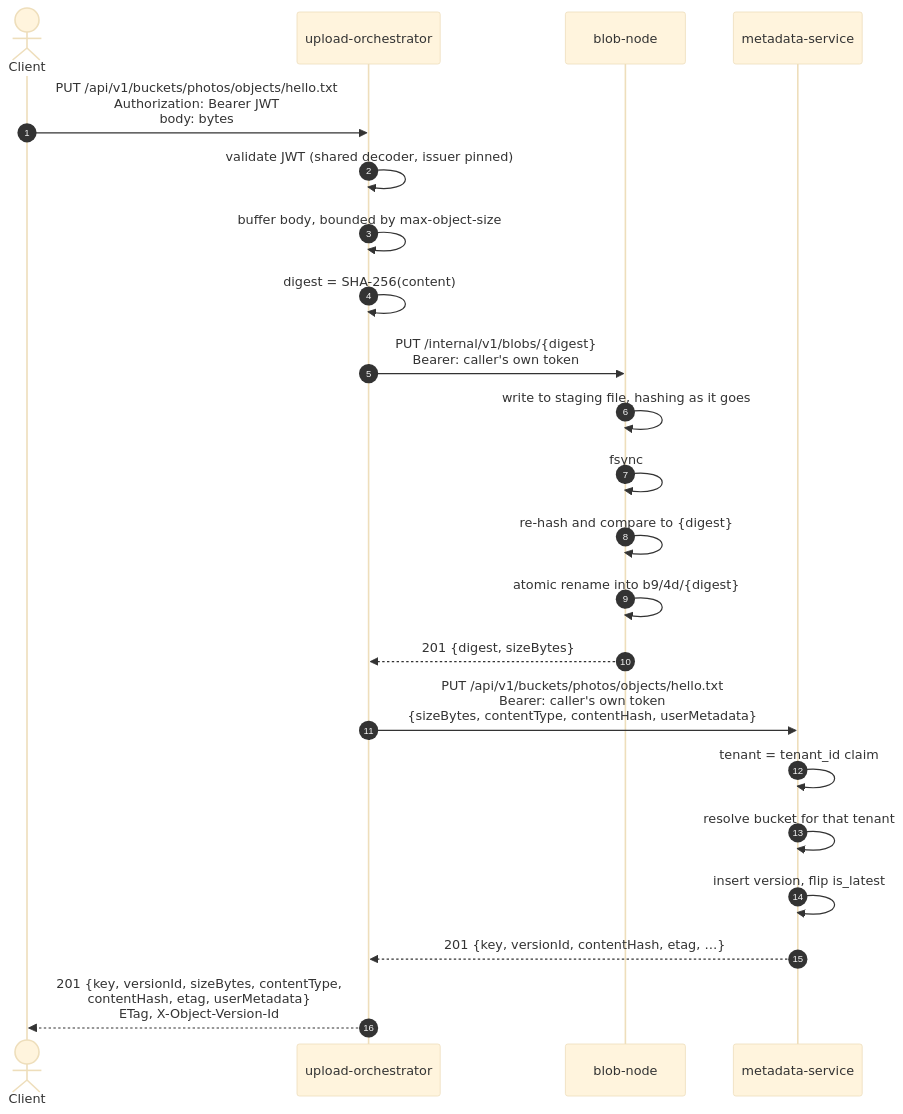
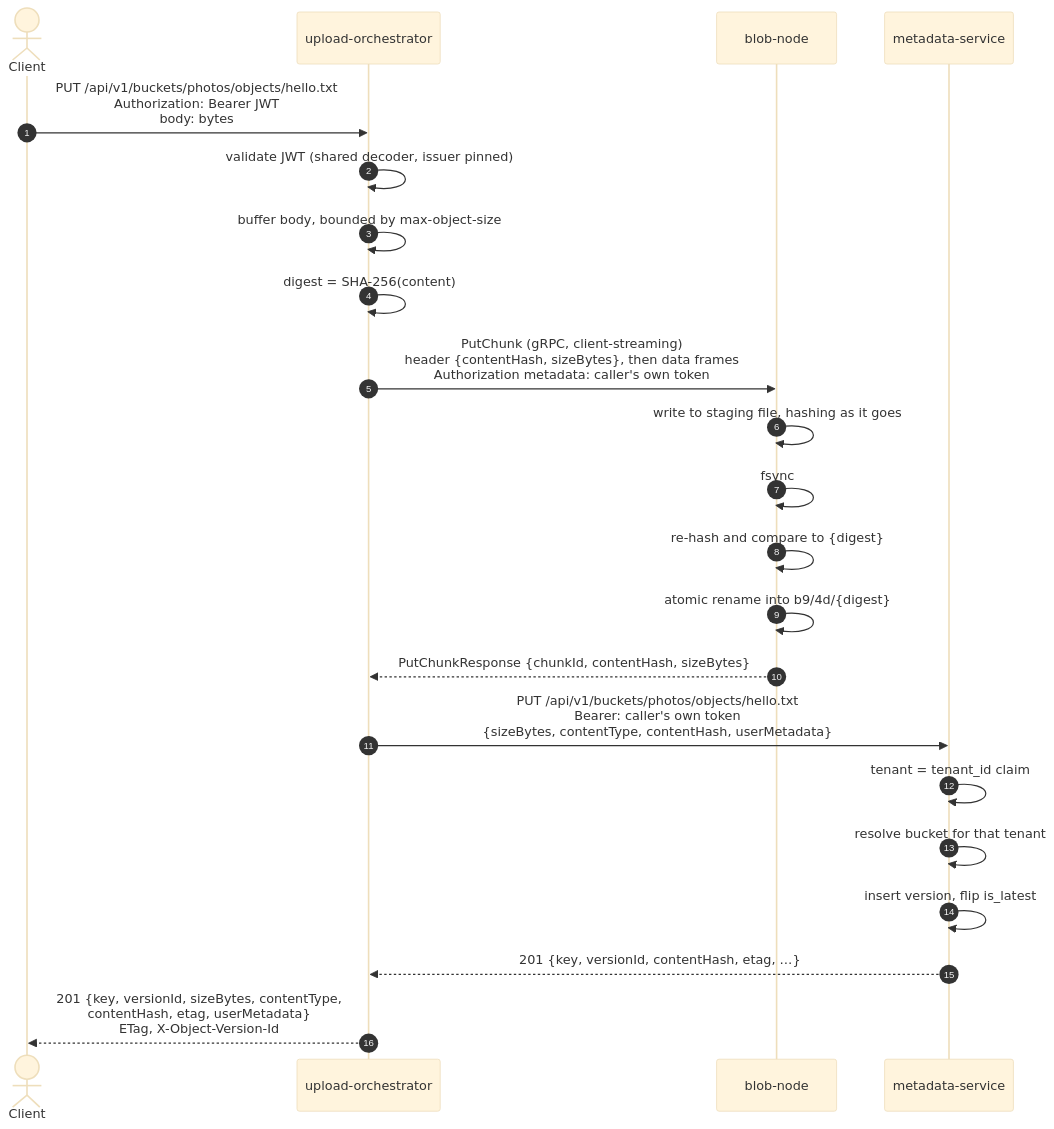
Before and after one commit to Samarateja0118/distributed-object-storage: the first of 2 diagrams in docs/upload-sequence.md, drawn with Mermaid (base theme). The commit also changed other lines of this file and 4 other files, not shown here.

````diff
--- a/docs/upload-sequence.md
+++ b/docs/upload-sequence.md
@@ -9,28 +9,28 @@
 ```mermaid
 sequenceDiagram
     autonumber
     actor C as Client
     participant O as upload-orchestrator
     participant B as blob-node
     participant M as metadata-service
 
     C->>O: PUT /api/v1/buckets/photos/objects/hello.txt<br/>Authorization: Bearer JWT<br/>body: bytes
     O->>O: validate JWT (shared decoder, issuer pinned)
     O->>O: buffer body, bounded by max-object-size
     O->>O: digest = SHA-256(content)
 
-    O->>B: PUT /internal/v1/blobs/{digest}<br/>Bearer: caller's own token
+    O->>B: PutChunk (gRPC, client-streaming)<br/>header {contentHash, sizeBytes}, then data frames<br/>Authorization metadata: caller's own token
     B->>B: write to staging file, hashing as it goes
     B->>B: fsync
     B->>B: re-hash and compare to {digest}
     B->>B: atomic rename into b9/4d/{digest}
-    B-->>O: 201 {digest, sizeBytes}
+    B-->>O: PutChunkResponse {chunkId, contentHash, sizeBytes}
 
     O->>M: PUT /api/v1/buckets/photos/objects/hello.txt<br/>Bearer: caller's own token<br/>{sizeBytes, contentType, contentHash, userMetadata}
     M->>M: tenant = tenant_id claim
     M->>M: resolve bucket for that tenant
     M->>M: insert version, flip is_latest
     M-->>O: 201 {key, versionId, contentHash, etag, …}
 
     O-->>C: 201 {key, versionId, sizeBytes, contentType,<br/>contentHash, etag, userMetadata}<br/>ETag, X-Object-Version-Id
 ```
````
